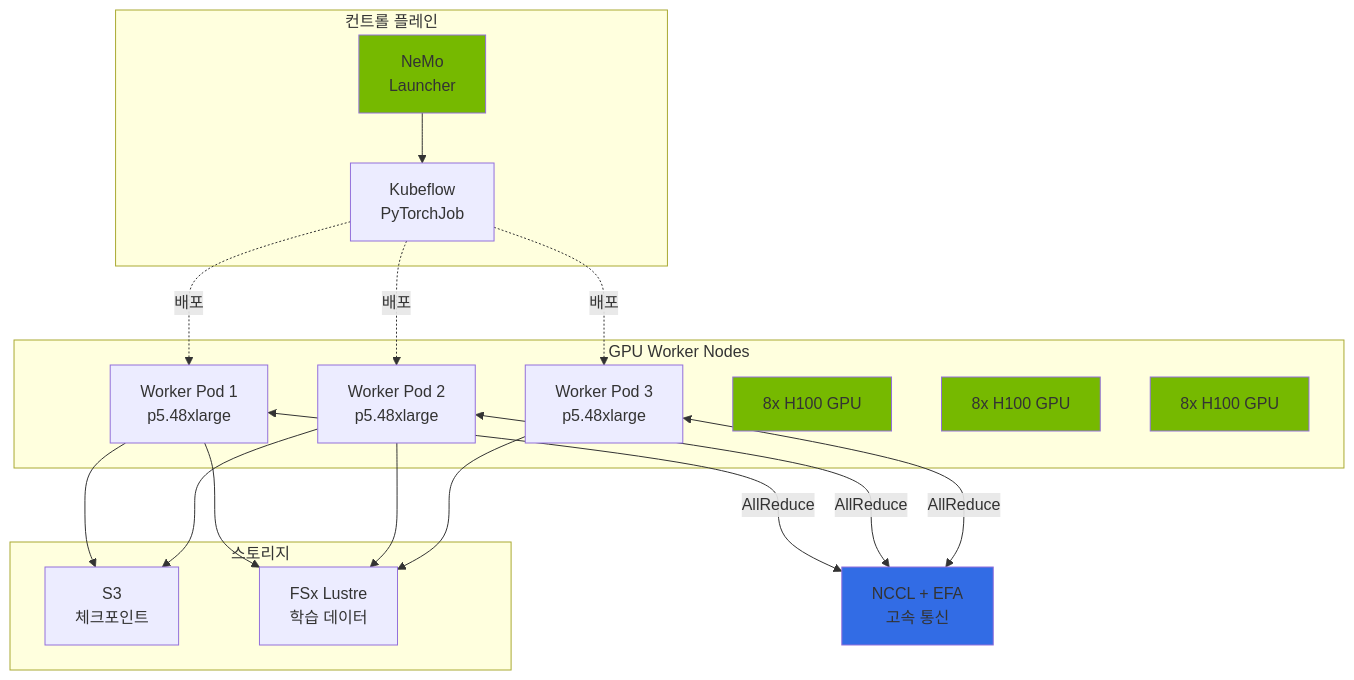
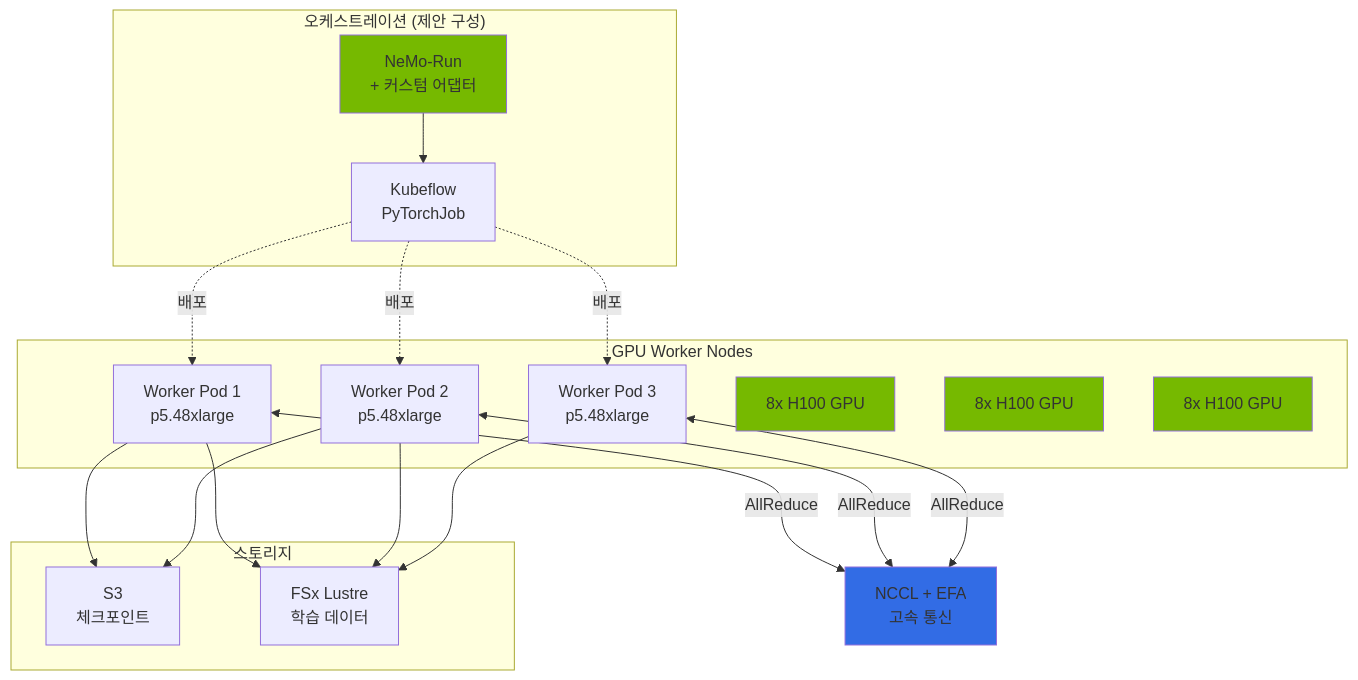
One commit to devfloor9/engineering-playbook changed the second of 6 diagrams in i18n/ko/docusaurus-plugin-content-docs/current/agentic-ai-platform/model-serving/inference-frameworks/nemo-framework.md. Above: the diagram before and after it, drawn with Mermaid. The commit also changed other lines of this file and 37 other files, not shown here.

````diff
--- a/i18n/ko/docusaurus-plugin-content-docs/current/agentic-ai-platform/model-serving/inference-frameworks/nemo-framework.md
+++ b/i18n/ko/docusaurus-plugin-content-docs/current/agentic-ai-platform/model-serving/inference-frameworks/nemo-framework.md
@@ -75,44 +75,44 @@
 ```mermaid
 flowchart TB
-    subgraph Control["컨트롤 플레인"]
-        Launcher[NeMo<br/>Launcher]
+    subgraph Control["오케스트레이션 (제안 구성)"]
+        Launcher[NeMo-Run<br/>+ 커스텀 어댑터]
         Scheduler[Kubeflow<br/>PyTorchJob]
     end
 
     subgraph Workers["GPU Worker Nodes"]
         W1[Worker Pod 1<br/>p5.48xlarge]
         W2[Worker Pod 2<br/>p5.48xlarge]
         W3[Worker Pod 3<br/>p5.48xlarge]
         G1[8x H100 GPU]
         G2[8x H100 GPU]
         G3[8x H100 GPU]
     end
 
     subgraph Storage["스토리지"]
         S3[S3<br/>체크포인트]
         FSx[FSx Lustre<br/>학습 데이터]
     end
 
     NCCL[NCCL + EFA<br/>고속 통신]
 
     Launcher --> Scheduler
     Scheduler -.->|배포| W1
     Scheduler -.->|배포| W2
     Scheduler -.->|배포| W3
 
     W1 <-->|AllReduce| NCCL
     W2 <-->|AllReduce| NCCL
     W3 <-->|AllReduce| NCCL
 
     W1 --> S3
     W2 --> S3
     W1 --> FSx
     W2 --> FSx
     W3 --> FSx
 
     style Launcher fill:#76b900
     style NCCL fill:#326ce5
     style G1 fill:#76b900
     style G2 fill:#76b900
     style G3 fill:#76b900
 ```
````
